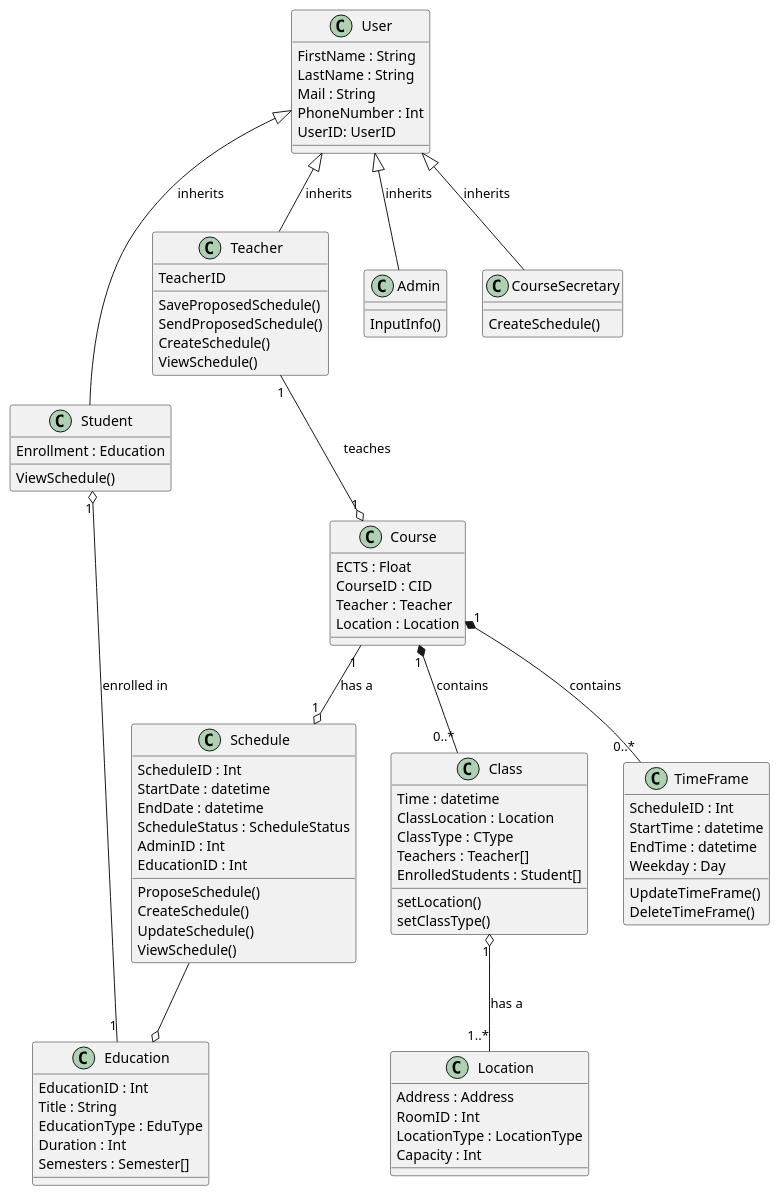
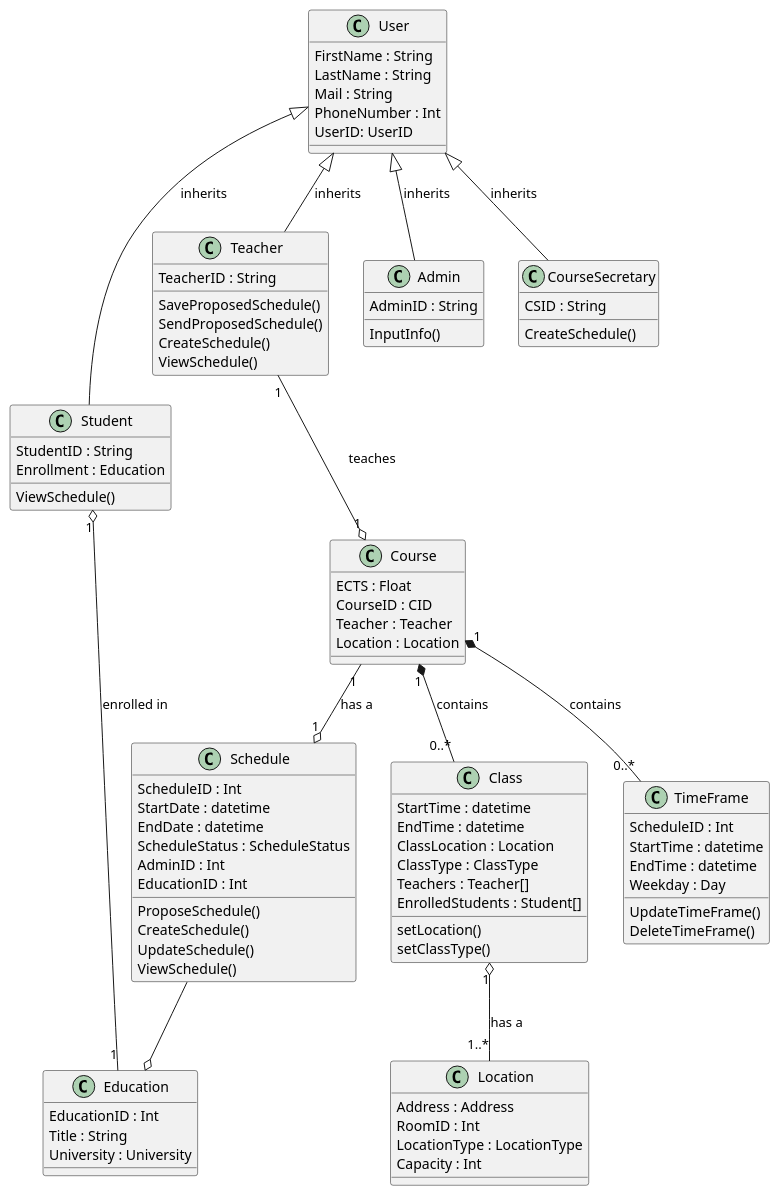
The diagram in Diagrams/ClassDiagram.puml (frejabauch/Systemudvikling_FSIS), drawn with PlantUML before and after one commit. The commit also changed 11 other files, not shown here.

```diff
--- a/Diagrams/ClassDiagram.puml
+++ b/Diagrams/ClassDiagram.puml
@@ -1,120 +1,122 @@
 @startuml ClassDiagram
 
 class Education {
     EducationID : Int
     Title : String
-    EducationType : EduType
-    Duration : Int
-    Semesters : Semester[]
+    University : University
 }
 
 class Schedule{
     ScheduleID : Int
     StartDate : datetime
     EndDate : datetime
     ScheduleStatus : ScheduleStatus
     AdminID : Int
     EducationID : Int
     ProposeSchedule()
     CreateSchedule()
     UpdateSchedule()
     ViewSchedule()
 }
 
 class Location{
     Address : Address
     RoomID : Int
     LocationType : LocationType
     Capacity : Int
 }
 
 class Course{
     ECTS : Float
     CourseID : CID
     Teacher : Teacher
     Location : Location
 }
 
 class Class{
-    Time : datetime
+    StartTime : datetime
+    EndTime : datetime
     ClassLocation : Location
-    ClassType : CType
+    ClassType : ClassType
     Teachers : Teacher[]
     EnrolledStudents : Student[]
     setLocation()
     setClassType()
 }
 
 ' class Login{
 '     LoginType : LogType
 '     UserType : UType
 '     authenticate()
 ' }
 
 class User{
     FirstName : String
     LastName : String
     Mail : String
     PhoneNumber : Int
     UserID: UserID
 }
 
 ' class Semester{
 '     Courses : Course[]
 '     StartDate : Datetime
 ' }
 
 class Student{
+    StudentID : String
     Enrollment : Education
     ViewSchedule()
 }
 
 class Teacher{
-    TeacherID
+    TeacherID : String
     SaveProposedSchedule()
     SendProposedSchedule()
     CreateSchedule()
     ViewSchedule()
 }
 
 class Admin{
+    AdminID : String
     InputInfo()
 }
 
 class TimeFrame{
     ScheduleID : Int
     StartTime : datetime
     EndTime : datetime
     Weekday : Day
     UpdateTimeFrame()
     DeleteTimeFrame()
 }
 
 class CourseSecretary{
+    CSID : String
     CreateSchedule()
 }
 
 ' User"1" o-- "1" Schedule : has a
 Course"1" --o "1" Schedule : has a
 ' Student"1" o-- "1" Schedule : has a
 ' Teacher"1" o-- "1" Schedule : has a
 
 ' Education"1" *-- "4..6" Semester : contains
 
 Class "1" o-- "1..*"Location : has a
 
 User <|-- Student : inherits
 User <|-- Teacher : inherits
 User <|-- Admin : inherits
 User <|-- CourseSecretary : inherits
 
 ' Semester"1" *-- "1..*" Course : contains
 Course"1" *-- "0..*" Class : contains
 Course"1" *-- "0..*" TimeFrame : contains
 Teacher"1" --o "1" Course : teaches
 Student"1" o-- "1" Education : enrolled in
 Schedule --o Education 
 
 ' Login "1" -- "1" User : login
 
 @enduml
```
